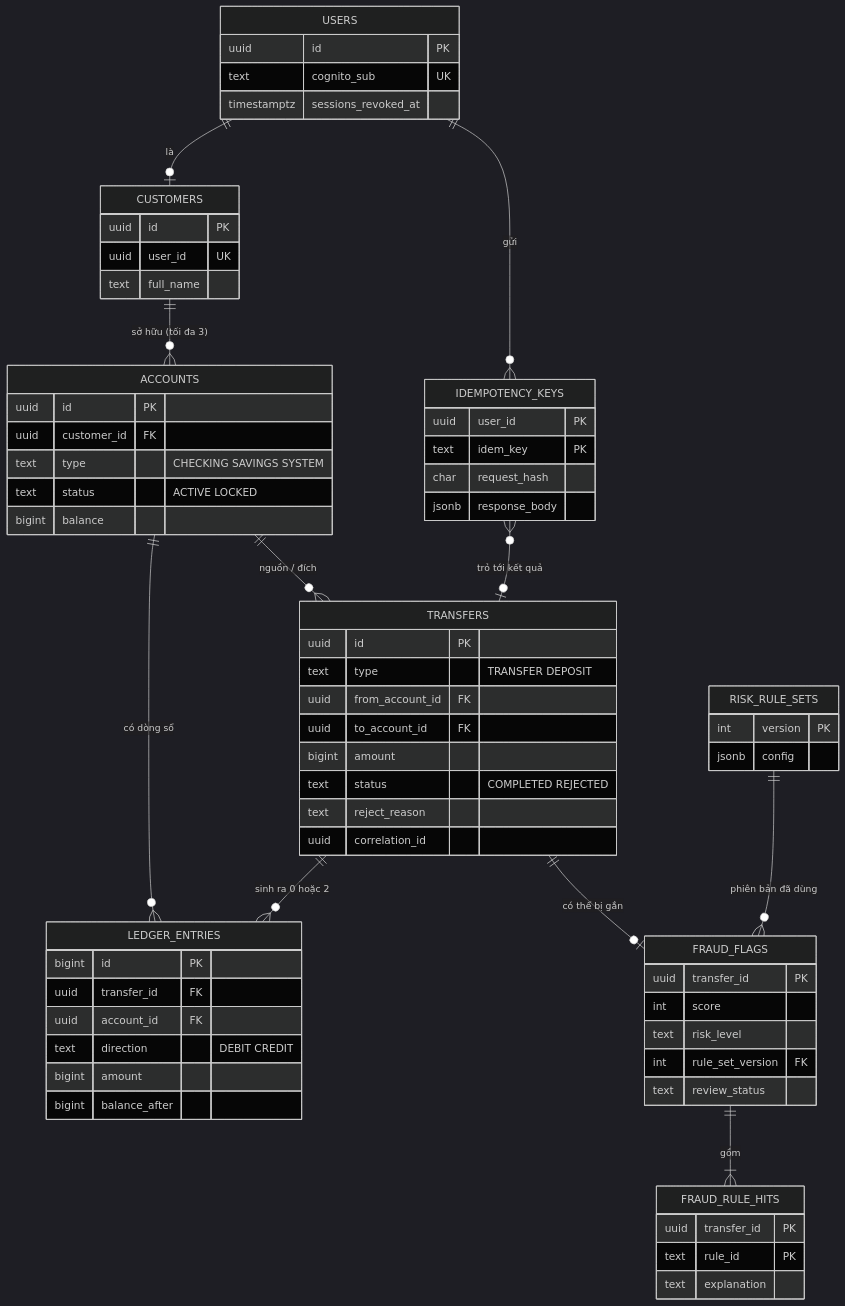
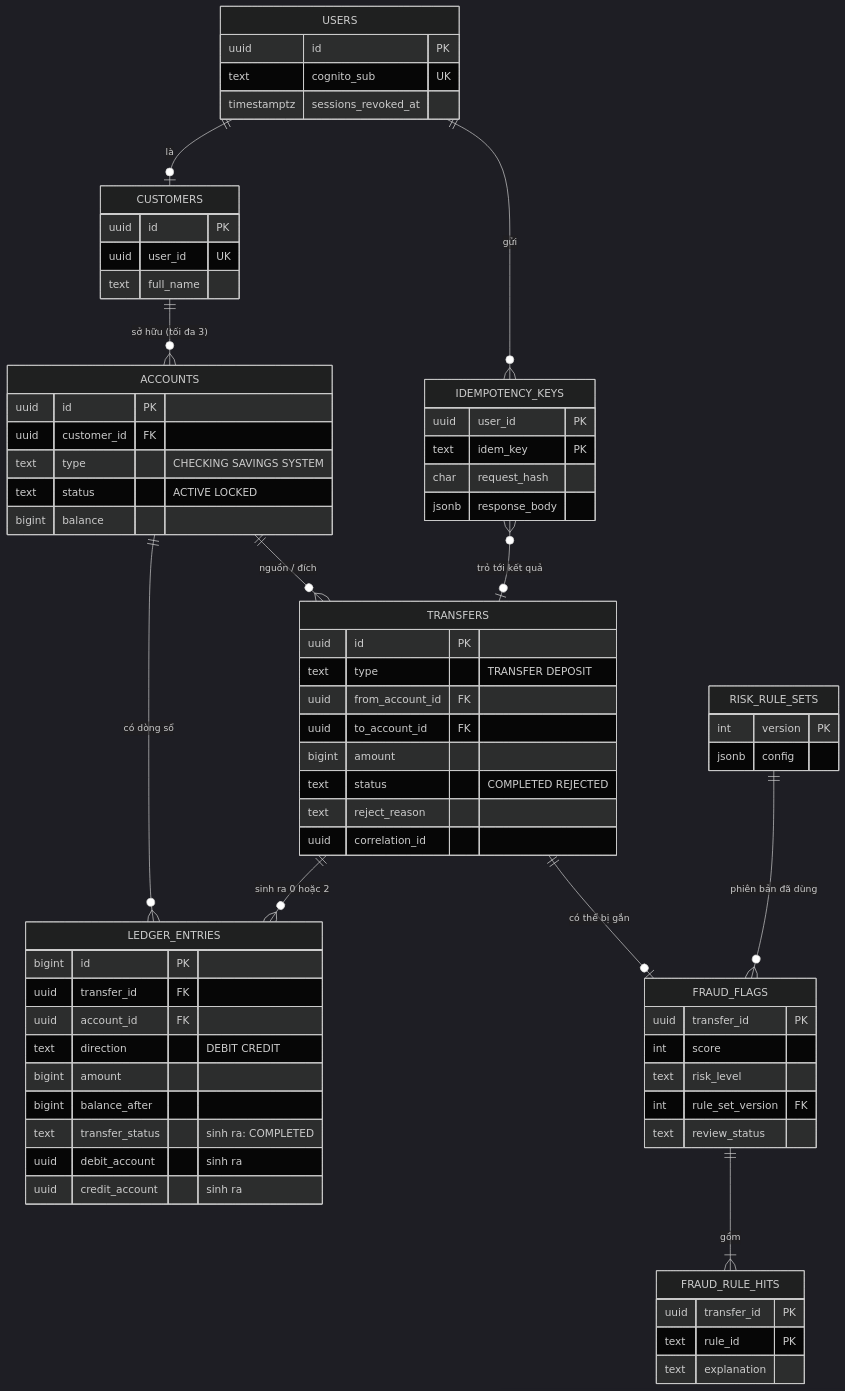
The diagram in docs/components/_shared/database-design.md (Lawliet119/digital-banking-simulator), drawn with Mermaid (dark theme) before and after one commit. The commit also changed other lines of this file and 7 other files, not shown here.

````diff
--- a/docs/components/_shared/database-design.md
+++ b/docs/components/_shared/database-design.md
@@ -30,71 +30,74 @@
 ```mermaid
 erDiagram
     USERS ||--o| CUSTOMERS : "là"
     CUSTOMERS ||--o{ ACCOUNTS : "sở hữu (tối đa 3)"
     ACCOUNTS ||--o{ LEDGER_ENTRIES : "có dòng sổ"
     TRANSFERS ||--o{ LEDGER_ENTRIES : "sinh ra 0 hoặc 2"
     ACCOUNTS ||--o{ TRANSFERS : "nguồn / đích"
     USERS ||--o{ IDEMPOTENCY_KEYS : "gửi"
     IDEMPOTENCY_KEYS }o--o| TRANSFERS : "trỏ tới kết quả"
     TRANSFERS ||--o| FRAUD_FLAGS : "có thể bị gắn"
     FRAUD_FLAGS ||--|{ FRAUD_RULE_HITS : "gồm"
     RISK_RULE_SETS ||--o{ FRAUD_FLAGS : "phiên bản đã dùng"
 
     USERS {
         uuid id PK
         text cognito_sub UK
         timestamptz sessions_revoked_at
     }
     CUSTOMERS {
         uuid id PK
         uuid user_id UK
         text full_name
     }
     ACCOUNTS {
         uuid id PK
         uuid customer_id FK
         text type "CHECKING SAVINGS SYSTEM"
         text status "ACTIVE LOCKED"
         bigint balance
     }
     TRANSFERS {
         uuid id PK
         text type "TRANSFER DEPOSIT"
         uuid from_account_id FK
         uuid to_account_id FK
         bigint amount
         text status "COMPLETED REJECTED"
         text reject_reason
         uuid correlation_id
     }
     LEDGER_ENTRIES {
         bigint id PK
         uuid transfer_id FK
         uuid account_id FK
         text direction "DEBIT CREDIT"
         bigint amount
         bigint balance_after
+        text transfer_status "sinh ra: COMPLETED"
+        uuid debit_account "sinh ra"
+        uuid credit_account "sinh ra"
     }
     IDEMPOTENCY_KEYS {
         uuid user_id PK
         text idem_key PK
         char request_hash
         jsonb response_body
     }
     FRAUD_FLAGS {
         uuid transfer_id PK
         int score
         text risk_level
         int rule_set_version FK
         text review_status
     }
     FRAUD_RULE_HITS {
         uuid transfer_id PK
         text rule_id PK
         text explanation
     }
     RISK_RULE_SETS {
         int version PK
         jsonb config
     }
 ```
````
